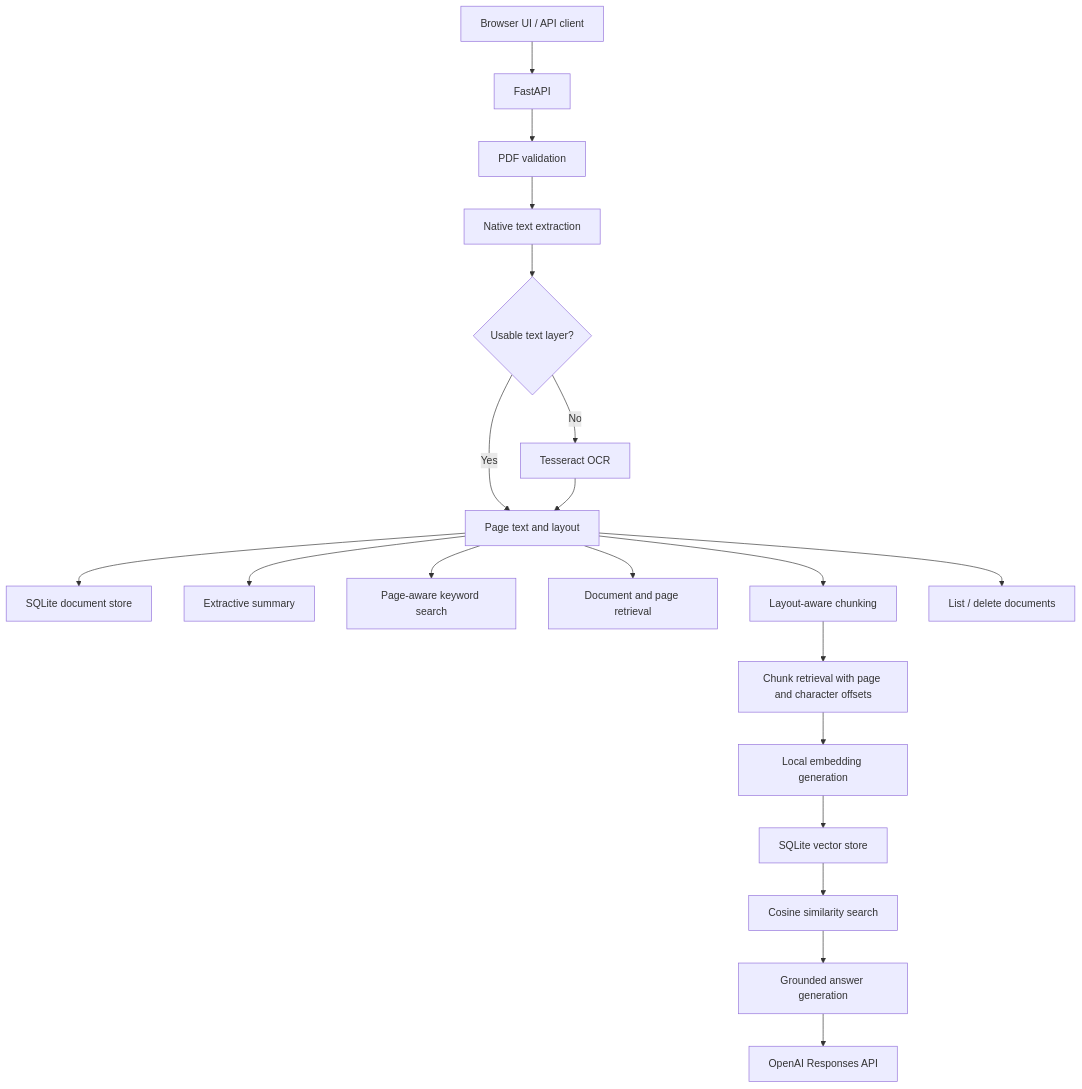
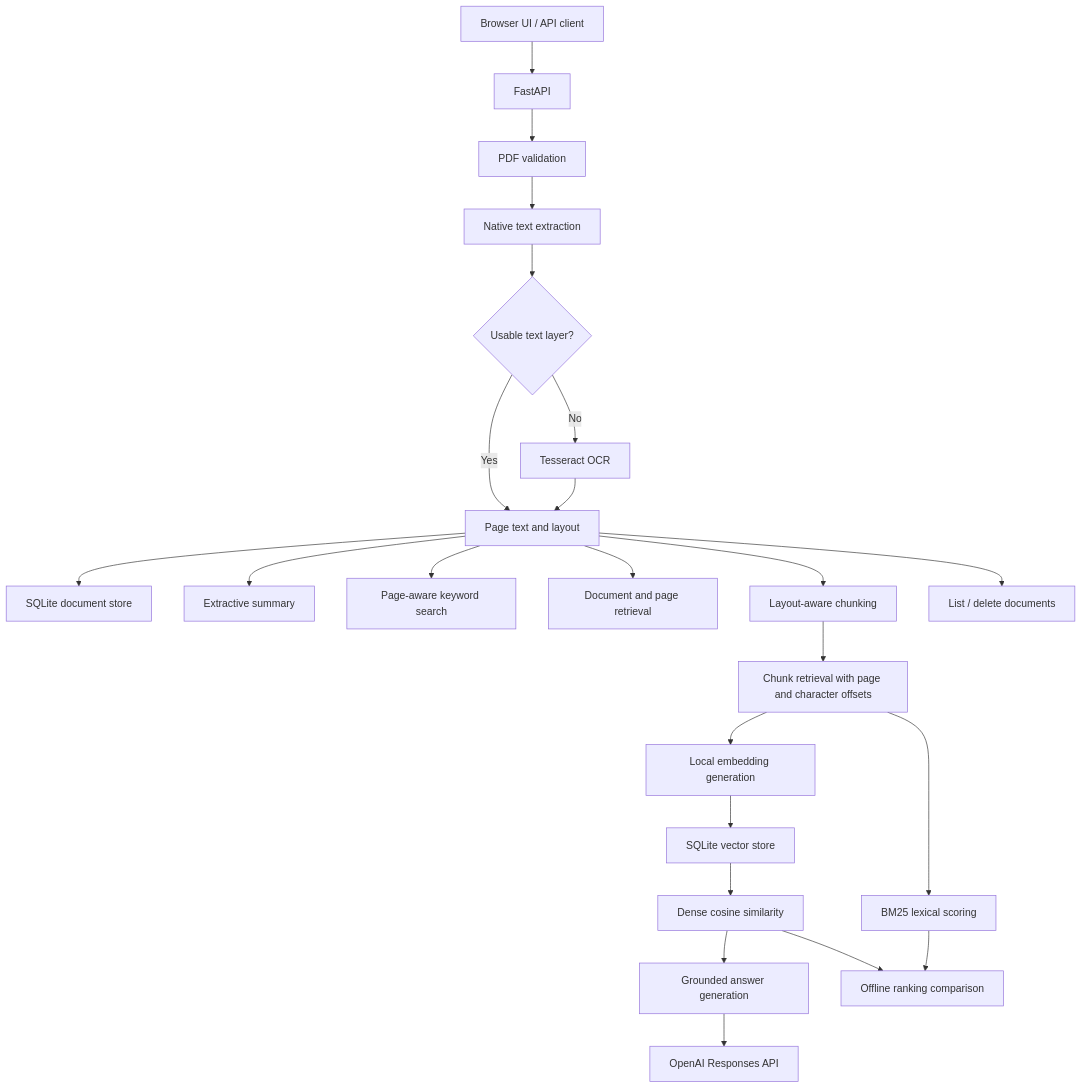
One commit to poojapansare18/documind-ai changed the diagram in README.md. Above: the diagram before and after it, drawn with Mermaid. The commit also changed other lines of this file and 7 other files, not shown here.

````diff
--- a/README.md
+++ b/README.md
@@ -33,22 +34,25 @@
 ```mermaid
 flowchart TD
     A[Browser UI / API client] --> B[FastAPI]
     B --> C[PDF validation]
     C --> D[Native text extraction]
     D --> Q{Usable text layer?}
     Q -->|Yes| E[Page text and layout]
     Q -->|No| R[Tesseract OCR]
     R --> E
     E --> S[SQLite document store]
     E --> F[Extractive summary]
     E --> G[Page-aware keyword search]
     E --> H[Document and page retrieval]
     E --> I[Layout-aware chunking]
     I --> J[Chunk retrieval with page and character offsets]
     J --> K[Local embedding generation]
     K --> L[SQLite vector store]
-    L --> M[Cosine similarity search]
+    L --> M[Dense cosine similarity]
+    J --> N[BM25 lexical scoring]
     M --> O[Grounded answer generation]
+    M --> W[Offline ranking comparison]
+    N --> W
     O --> P[OpenAI Responses API]
-    E --> N[List / delete documents]
+    E --> V[List / delete documents]
 ```
````
